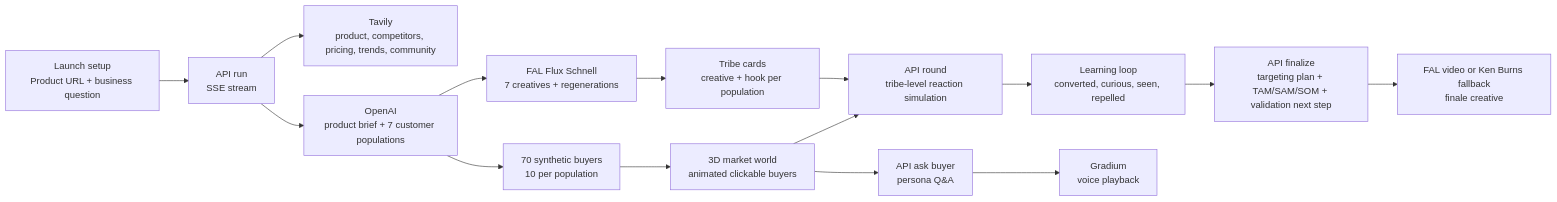
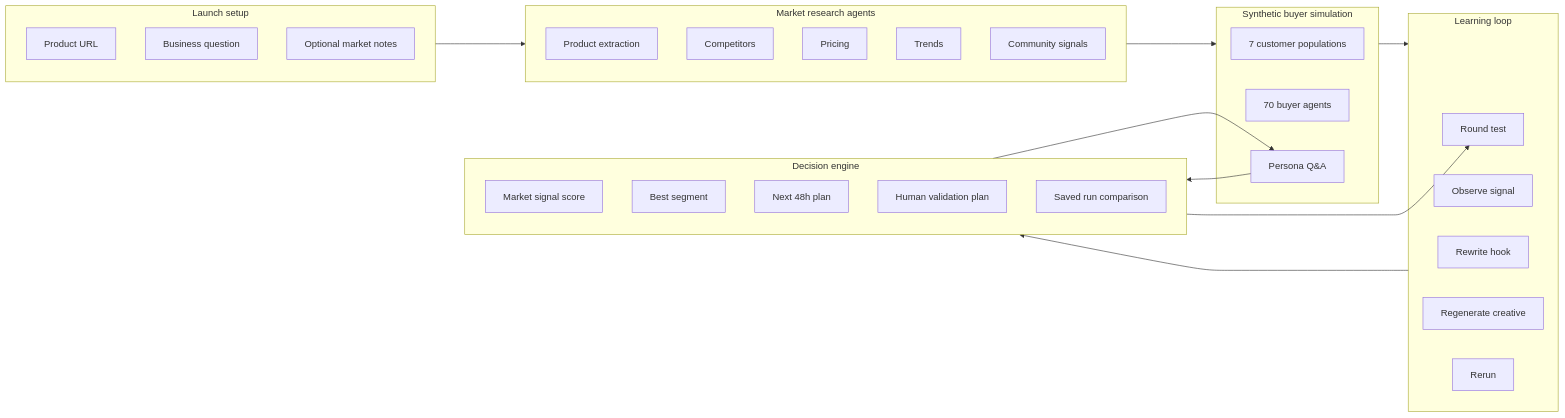
The diagram in README.md (Symbioose/tech-europe-hackathon-paris), drawn with Mermaid before and after one commit. The commit also changed other lines of this file and 56 other files, not shown here.

````diff
--- a/README.md
+++ b/README.md
@@ -56,17 +31,46 @@
 ```mermaid
 flowchart LR
-  A["Launch setup<br/>Product URL + business question"] --> B["API run<br/>SSE stream"]
-  B --> C["Tavily<br/>product, competitors, pricing, trends, community"]
-  B --> D["OpenAI<br/>product brief + 7 customer populations"]
-  D --> E["70 synthetic buyers<br/>10 per population"]
-  D --> F["FAL Flux Schnell<br/>7 creatives + regenerations"]
-  E --> G["3D market world<br/>animated clickable buyers"]
-  F --> H["Tribe cards<br/>creative + hook per population"]
-  G --> I["API round<br/>tribe-level reaction simulation"]
-  H --> I
-  I --> J["Learning loop<br/>converted, curious, seen, repelled"]
-  J --> K["API finalize<br/>targeting plan + TAM/SAM/SOM + validation next step"]
-  G --> L["API ask buyer<br/>persona Q&A"]
-  L --> M["Gradium<br/>voice playback"]
-  K --> N["FAL video or Ken Burns fallback<br/>finale creative"]
+  subgraph Input["Launch setup"]
+    A["Product URL"]
+    B["Business question"]
+    C["Optional market notes"]
+  end
+
+  subgraph Research["Market research agents"]
+    D["Product extraction"]
+    E["Competitors"]
+    F["Pricing"]
+    G["Trends"]
+    H["Community signals"]
+  end
+
+  subgraph Simulation["Synthetic buyer simulation"]
+    I["7 customer populations"]
+    J["70 buyer agents"]
+    K["Persona Q&A"]
+  end
+
+  subgraph Loop["Learning loop"]
+    L["Round test"]
+    M["Observe signal"]
+    N["Rewrite hook"]
+    O["Regenerate creative"]
+    P["Rerun"]
+  end
+
+  subgraph Report["Decision engine"]
+    Q["Market signal score"]
+    R["Best segment"]
+    S["Next 48h plan"]
+    T["Human validation plan"]
+    U["Saved run comparison"]
+  end
+
+  Input --> Research
+  Research --> Simulation
+  Simulation --> Loop
+  Loop --> Report
+  Report --> K
+  K --> Report
+  Report --> L
 ```
````
